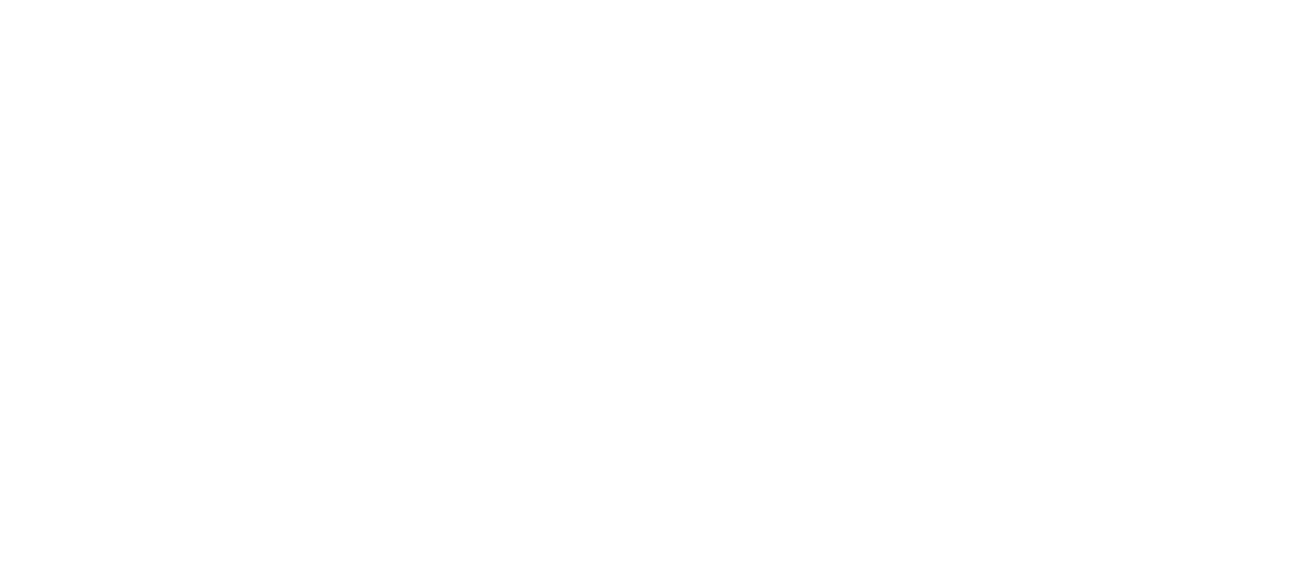
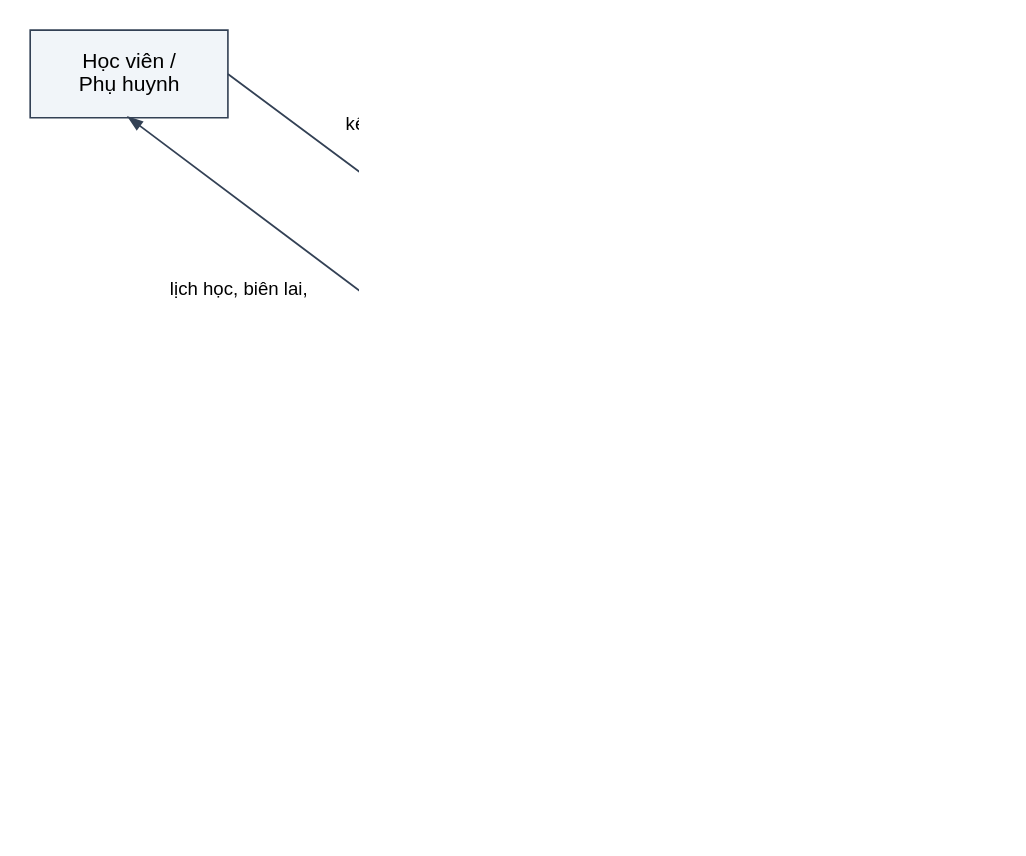
The diagram in docs/report/diagrams/dfd_level0.dot (nhutruong-uit/imcp), drawn with Graphviz before and after one commit. The commit also changed 23 other files, not shown here.

First line of the commit message:
docs(report): unify font sizes, shorten captions and redraw the diagrams

```diff
--- a/docs/report/diagrams/dfd_level0.dot
+++ b/docs/report/diagrams/dfd_level0.dot
@@ -1,17 +1,40 @@
-// DFD mức 0 (sơ đồ ngữ cảnh)
+// DFD mức 0 (sơ đồ ngữ cảnh). Vị trí các nút được ghim (layout=neato, pos="x,y!", đơn vị inch): bốn tác nhân ở bốn
+// góc quanh tiến trình. Mỗi tác nhân có hai luồng, mỗi luồng đi qua điểm GIỮA của một cạnh khác nhau của hình chữ nhật:
+// luồng gửi vào hệ thống rời cạnh ngang (e/w), luồng nhận từ hệ thống đến cạnh dọc (n/s). Phía hệ thống dùng đủ 8
+// điểm của hình tròn (n, ne, e, se, s, sw, w, nw). Nhãn luồng là các nút văn bản ghim ở phía NGOÀI của từng mũi tên
+// (xa mũi tên còn lại của cặp), nên không đè lên đường nào. Sơ đồ rộng khoảng 8,5 inch để khi chèn vào trang chữ vẫn
+// đọc được. Vẽ lại: dot -Tpng dfd_level0.dot -o ../images/diagrams/dfd_level0.png
 digraph DFD0 {
-  graph [rankdir=LR, fontname="Arial", dpi=220, pad=0.2, nodesep=0.6, ranksep=1.4];
-  node  [fontname="Arial", fontsize=12];
-  edge  [fontname="Arial", fontsize=10, color="#334155"];
-  node [shape=box, style=filled, fillcolor="#F1F5F9", color="#334155", width=1.6];
-  HV [label="Học viên /\nPhụ huynh"]; GV [label="Giáo viên"]; NV [label="Giáo vụ /\nKế toán"]; QL [label="Ban quản lý"];
-  P0 [label="0\nHỆ THỐNG QUẢN LÝ\nTRUNG TÂM TIẾNG ANH", shape=circle, style=filled, fillcolor="#DBEAFE", color="#1F3864", penwidth=2, width=2.4, fontsize=12];
-  HV -> P0 [label="thông tin đăng ký,\nkết quả kiểm tra, học phí"];
-  P0 -> HV [label="lịch học, biên lai,\nkết quả, chứng nhận"];
-  GV -> P0 [label="điểm danh,\nđiểm thành phần"];
-  P0 -> GV [label="lịch dạy, danh sách lớp,\nbảng lương"];
-  NV -> P0 [label="hồ sơ, lớp, ghi danh,\nphiếu thu"];
-  P0 -> NV [label="công nợ, danh sách,\nbáo cáo"];
-  QL -> P0 [label="danh mục khóa học,\ntài khoản, chính sách"];
-  P0 -> QL [label="thống kê doanh thu,\nsĩ số, kết quả"];
+  layout=neato; overlap=true; splines=line; dpi=220; pad=0.25;
+  node [fontname="Arial", fontsize=13];
+  edge [color="#334155", penwidth=1.1, arrowsize=0.8];
+
+  node [shape=box, style=filled, fillcolor="#F1F5F9", color="#334155", fixedsize=true, width=1.7, height=0.75];
+  HV [label="Học viên /\nPhụ huynh", pos="-3.6,3.3!"];
+  NV [label="Giáo vụ /\nKế toán",    pos="3.6,3.3!"];
+  GV [label="Giáo viên",            pos="-3.6,-3.3!"];
+  QL [label="Ban quản lý",          pos="3.6,-3.3!"];
+  P0 [label="0\nHỆ THỐNG QUẢN LÝ\nTRUNG TÂM TIẾNG ANH", shape=circle, fillcolor="#DBEAFE", color="#1F3864", penwidth=2,
+      width=2.5, fontsize=12, pos="0,0!"];
+
+  // Tác nhân -> hệ thống rời điểm giữa cạnh ngang (e/w); hệ thống -> tác nhân đến điểm giữa cạnh dọc (n/s)
+  HV:e -> P0:n;
+  P0:nw -> HV:s;
+  NV:w -> P0:ne;
+  P0:e -> NV:s;
+  QL:w -> P0:s;
+  P0:se -> QL:n;
+  GV:e -> P0:sw;
+  P0:w -> GV:n;
+
+  // Nhãn luồng dữ liệu
+  node [shape=plaintext, style="", fixedsize=false, fontsize=11.5, width=0.1, height=0.1];
+  LHVA [label="thông tin đăng ký,\nkết quả kiểm tra, học phí", pos="-0.87,2.95!"];
+  LHVB [label="lịch học, biên lai,\nkết quả, chứng nhận", pos="-2.66,1.35!"];
+  LNVA [label="hồ sơ, lớp,\nghi danh, phiếu thu", pos="1.18,2.59!"];
+  LNVB [label="công nợ,\ndanh sách, báo cáo", pos="3.03,0.98!"];
+  LQLA [label="danh mục khóa học,\ntài khoản, chính sách", pos="0.93,-2.87!"];
+  LQLB [label="thống kê doanh thu,\nsĩ số, kết quả", pos="2.66,-1.35!"];
+  LGVA [label="điểm danh,\nđiểm thành phần", pos="-1.28,-2.51!"];
+  LGVB [label="lịch dạy,\ndanh sách lớp, bảng lương", pos="-3.20,-0.84!"];
 }
```
